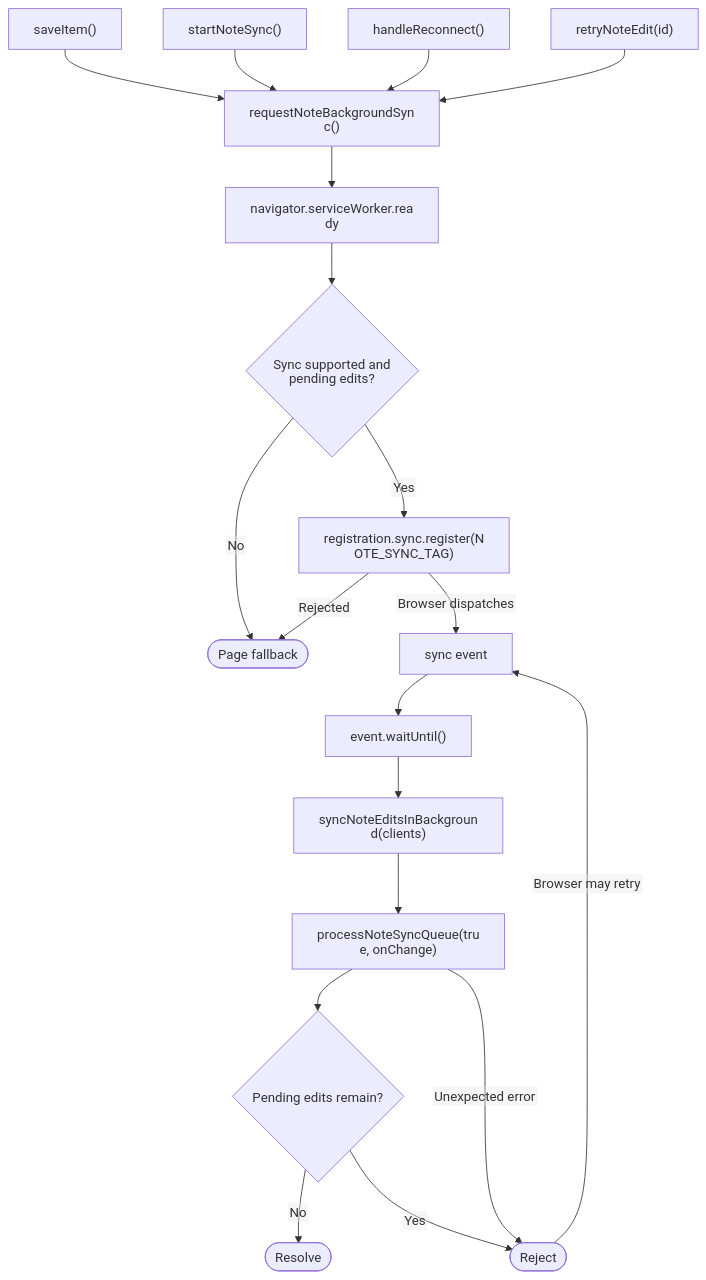
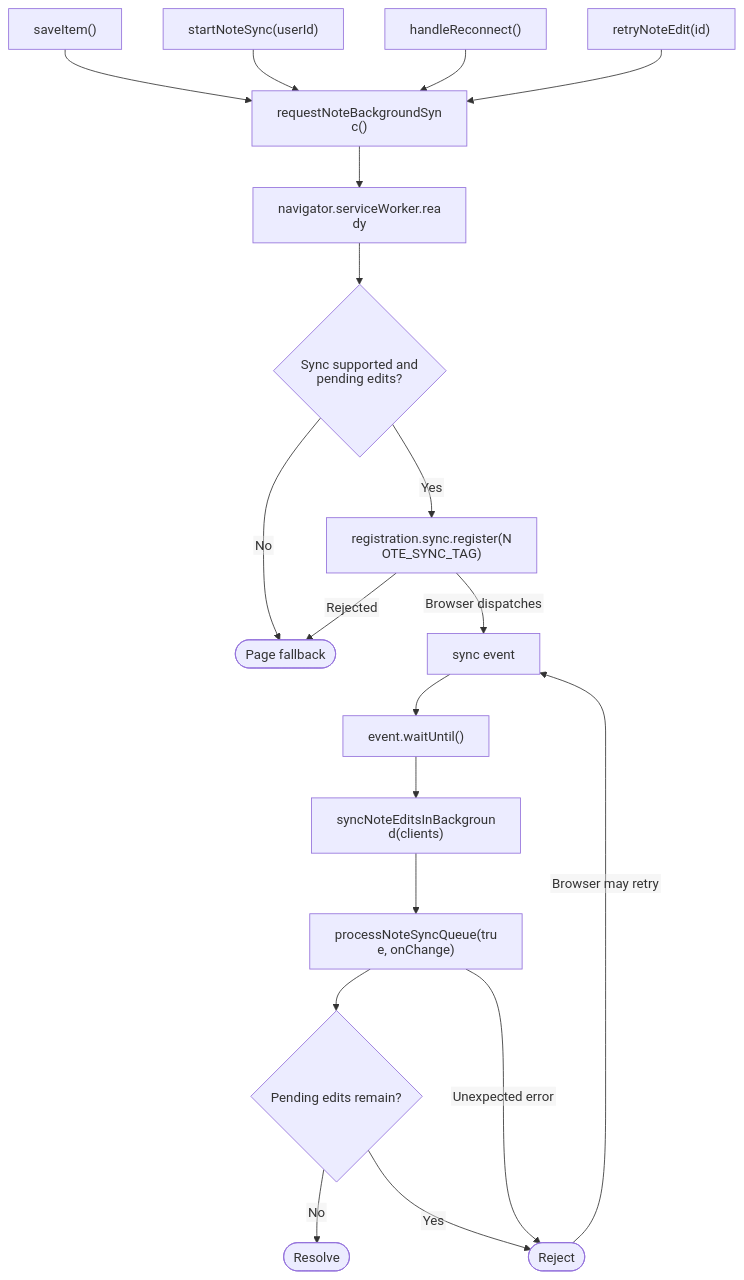
The first of 2 diagrams in docs/note-sync-diagrams.md (m0bar3z/FieldKit-pwa), drawn with Mermaid before and after one commit. The commit also changed other lines of this file and 4 other files, not shown here.

````diff
--- a/docs/note-sync-diagrams.md
+++ b/docs/note-sync-diagrams.md
@@ -27,22 +27,22 @@
 ```mermaid
 %%{init: {"htmlLabels": false, "flowchart": {"htmlLabels": false}}}%%
 flowchart TD
     save["saveItem()"] --> request["requestNoteBackgroundSync()"]
-    start["startNoteSync()"] --> request
+    start["startNoteSync(userId)"] --> request
     reconnect["handleReconnect()"] --> request
     manual["retryNoteEdit(id)"] --> request
     request --> ready["navigator.serviceWorker.ready"]
     ready --> supported{"Sync supported and pending edits?"}
     supported -->|"No"| fallback(["Page fallback"])
     supported -->|"Yes"| register["registration.sync.register(NOTE_SYNC_TAG)"]
     register -->|"Rejected"| fallback
     register -->|"Browser dispatches"| event["sync event"]
     event --> wait["event.waitUntil()"]
     wait --> worker["syncNoteEditsInBackground(clients)"]
     worker --> queue["processNoteSyncQueue(true, onChange)"]
     queue --> pending{"Pending edits remain?"}
     pending -->|"No"| complete(["Resolve"])
     pending -->|"Yes"| reject(["Reject"])
     queue -->|"Unexpected error"| reject
     reject -->|"Browser may retry"| event
 ```
````
